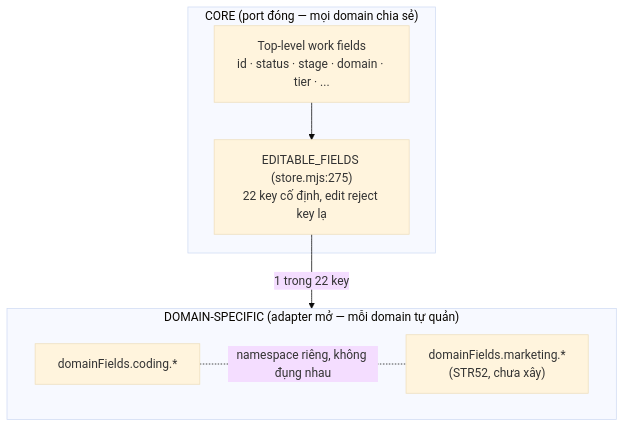
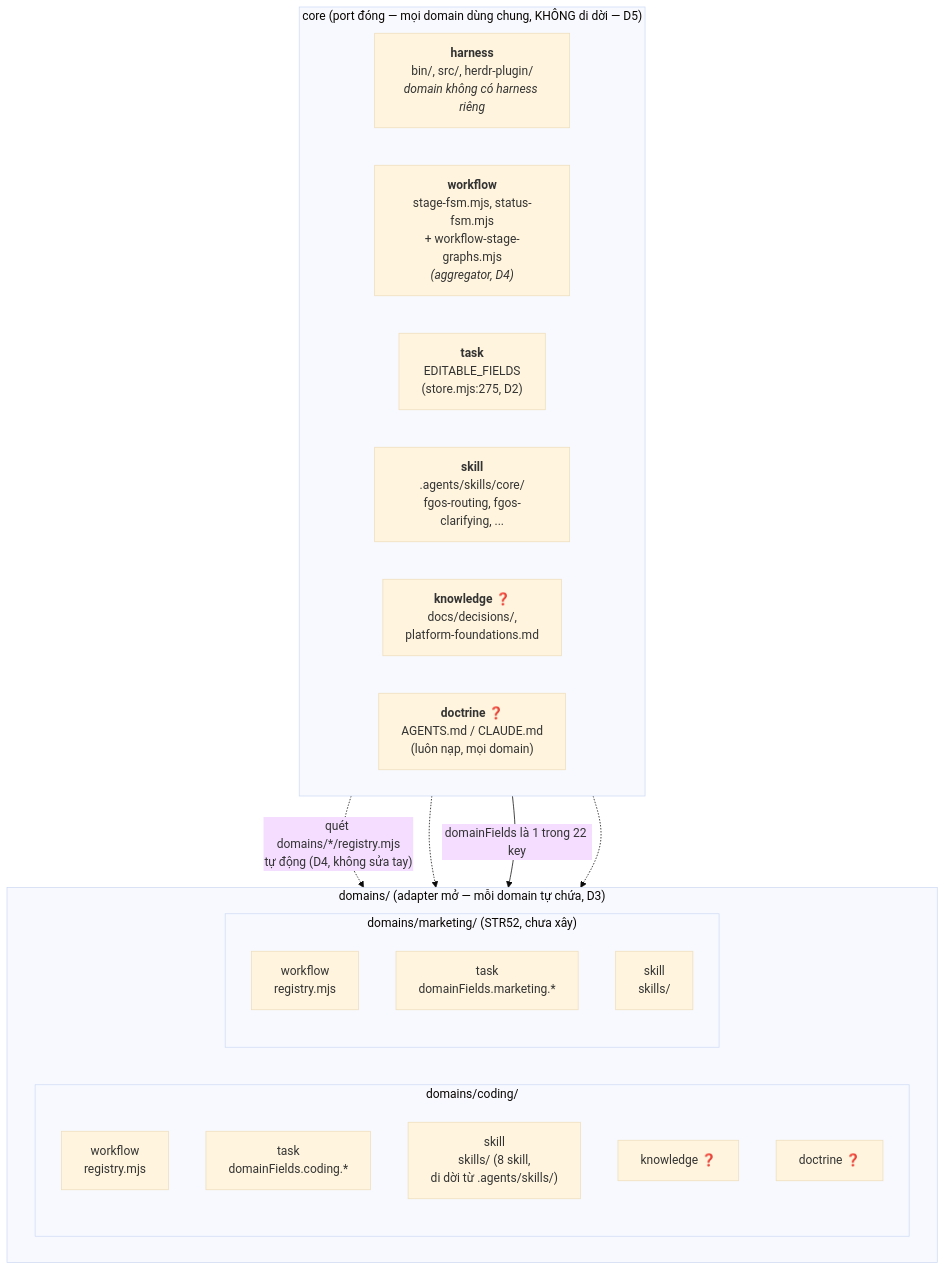
One commit to vantt/forgent changed the diagram in docs/history/core-foundation-domain-boundary/DISCUSSION.md. Above: the diagram before and after it, drawn with Mermaid (base theme). The commit also changed other lines of this file, not shown here.

Commit message:
docs(tsk-397): lock D3/D4/D5 (domains/ self-contained folder, auto-discovery, core stays put), full layout diagram + candidate tasks

````diff
--- a/docs/history/core-foundation-domain-boundary/DISCUSSION.md
+++ b/docs/history/core-foundation-domain-boundary/DISCUSSION.md
@@ -151,14 +205,35 @@
 ```mermaid
 flowchart TB
-    subgraph core["CORE (port đóng — mọi domain chia sẻ)"]
-        top["Top-level work fields<br/>id · status · stage · domain · tier · ..."]
-        editable["EDITABLE_FIELDS (store.mjs:275)<br/>22 key cố định, edit reject key lạ"]
+    subgraph CORE["core (port đóng — mọi domain dùng chung, KHÔNG di dời — D5)"]
+        direction LR
+        harness_core["<b>harness</b><br/>bin/, src/, herdr-plugin/<br/><i>domain không có harness riêng</i>"]
+        workflow_core["<b>workflow</b><br/>stage-fsm.mjs, status-fsm.mjs<br/>+ workflow-stage-graphs.mjs<br/><i>(aggregator, D4)</i>"]
+        task_core["<b>task</b><br/>EDITABLE_FIELDS<br/>(store.mjs:275, D2)"]
+        skill_core["<b>skill</b><br/>.agents/skills/core/<br/>fgos-routing, fgos-clarifying, ..."]
+        knowledge_core["<b>knowledge</b> ❓<br/>docs/decisions/,<br/>platform-foundations.md"]
+        doctrine_core["<b>doctrine</b> ❓<br/>AGENTS.md / CLAUDE.md<br/>(luôn nạp, mọi domain)"]
     end
-    subgraph domainspace["DOMAIN-SPECIFIC (adapter mở — mỗi domain tự quản)"]
-        coding["domainFields.coding.*"]
-        marketing["domainFields.marketing.*<br/>(STR52, chưa xây)"]
+
+    subgraph DOMAINS["domains/ (adapter mở — mỗi domain tự chứa, D3)"]
+        direction LR
+        subgraph CODING["domains/coding/"]
+            direction TB
+            wf_c["workflow<br/>registry.mjs"]
+            tk_c["task<br/>domainFields.coding.*"]
+            sk_c["skill<br/>skills/ (8 skill,<br/>di dời từ .agents/skills/)"]
+            kn_c["knowledge ❓"]
+            dc_c["doctrine ❓"]
+        end
+        subgraph MARKETING["domains/marketing/ (STR52, chưa xây)"]
+            direction TB
+            wf_m["workflow<br/>registry.mjs"]
+            tk_m["task<br/>domainFields.marketing.*"]
+            sk_m["skill<br/>skills/"]
+        end
     end
-    top --> editable
-    editable -- "1 trong 22 key" --> domainspace
-    coding -. "namespace riêng, không đụng nhau" .- marketing
+
+    workflow_core -. "quét domains/*/registry.mjs<br/>tự động (D4, không sửa tay)" .-> wf_c
+    workflow_core -.-> wf_m
+    task_core -- "domainFields là 1 trong 22 key" --> tk_c
+    task_core -.-> tk_m
 ```
````
